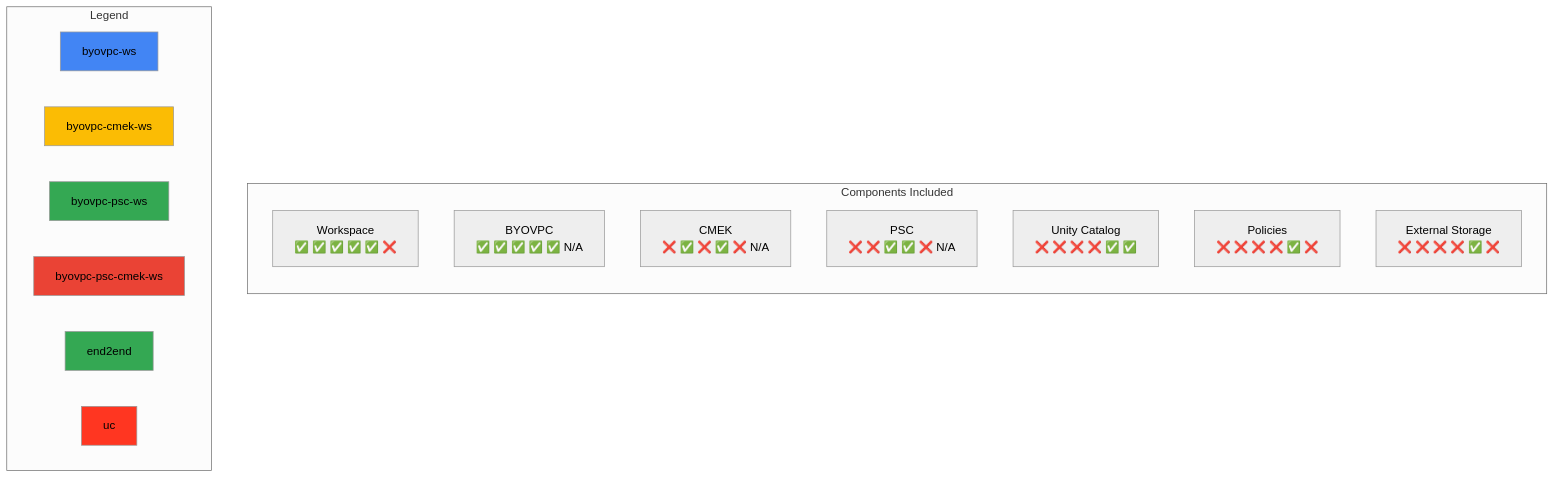
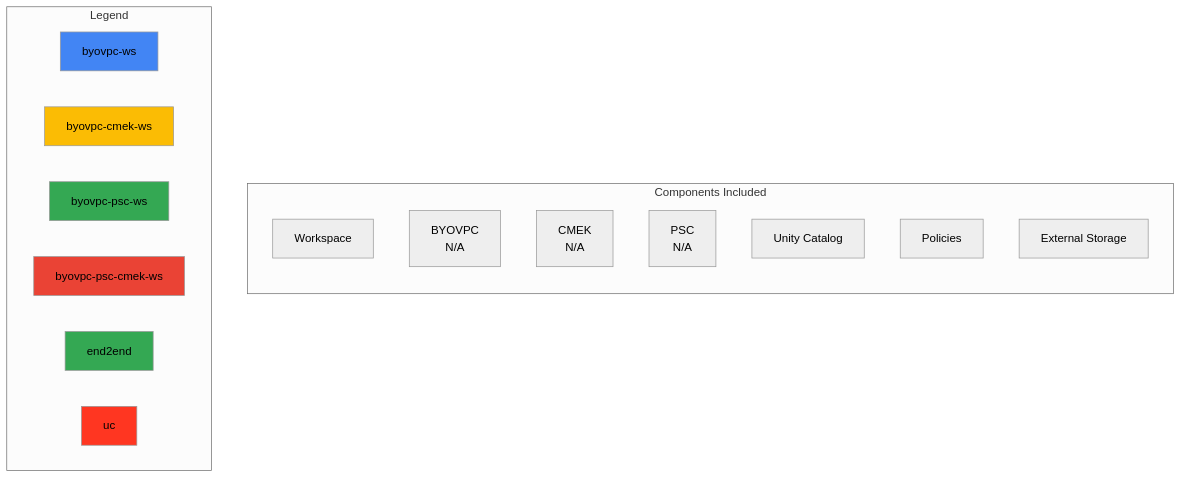
Before and after one commit to bhavink/databricks: diagram 15 of 15 in gcpdb4u/templates/terraform-scripts/readme.md, drawn with Mermaid (neutral theme). The commit also changed other lines of this file and 81 other files, not shown here.

````diff
--- a/gcpdb4u/templates/terraform-scripts/readme.md
+++ b/gcpdb4u/templates/terraform-scripts/readme.md
@@ -1286,30 +1286,30 @@
 ```mermaid
 graph TD
     subgraph "Components Included"
         direction TB
 
-        C1[Workspace<br/>✅ ✅ ✅ ✅ ✅ ❌]
-        C2[BYOVPC<br/>✅ ✅ ✅ ✅ ✅ N/A]
-        C3[CMEK<br/>❌ ✅ ❌ ✅ ❌ N/A]
-        C4[PSC<br/>❌ ❌ ✅ ✅ ❌ N/A]
-        C5[Unity Catalog<br/>❌ ❌ ❌ ❌ ✅ ✅]
-        C6[Policies<br/>❌ ❌ ❌ ❌ ✅ ❌]
-        C7[External Storage<br/>❌ ❌ ❌ ❌ ✅ ❌]
+        C1[Workspace<br/> ]
+        C2[BYOVPC<br/> N/A]
+        C3[CMEK<br/> N/A]
+        C4[PSC<br/> N/A]
+        C5[Unity Catalog<br/> ]
+        C6[Policies<br/> ]
+        C7[External Storage<br/> ]
     end
 
     subgraph "Legend"
         L1[byovpc-ws]
         L2[byovpc-cmek-ws]
         L3[byovpc-psc-ws]
         L4[byovpc-psc-cmek-ws]
         L5[end2end]
         L6[uc]
     end
 
     style L1 fill:#4285F4
     style L2 fill:#FBBC04
     style L3 fill:#34A853
     style L4 fill:#EA4335
     style L5 fill:#34A853
     style L6 fill:#FF3621
 ```
````
